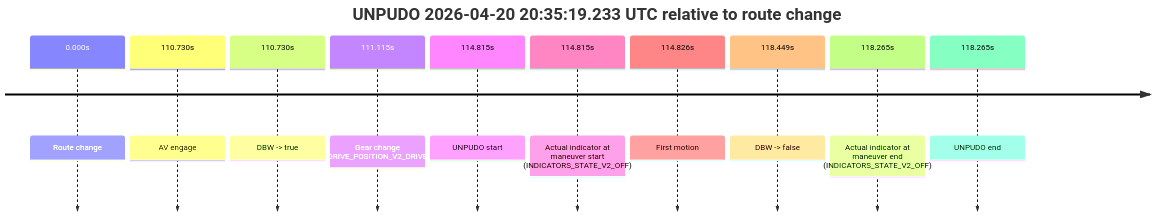
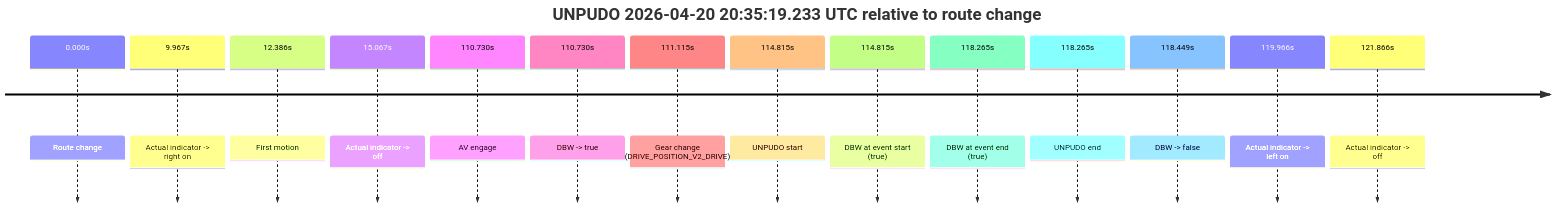
One commit to yoelshapiro/vault changed the fourth of 13 diagrams in model_analysis/report_cards/2026/04/Week-4/fme20038--2026-04-20--20-14-14--gen2-av-64bfb241-2a77-49b3-9a73-b3fb4cc1406d.md. Above: the diagram before and after it, drawn with Mermaid. The commit also changed other lines of this file and 85 other files, not shown here.

````diff
--- a/model_analysis/report_cards/2026/04/Week-4/fme20038--2026-04-20--20-14-14--gen2-av-64bfb241-2a77-49b3-9a73-b3fb4cc1406d.md
+++ b/model_analysis/report_cards/2026/04/Week-4/fme20038--2026-04-20--20-14-14--gen2-av-64bfb241-2a77-49b3-9a73-b3fb4cc1406d.md
@@ -301,14 +326,18 @@
 ```mermaid
 timeline
     title UNPUDO 2026-04-20 20:35:19.233 UTC relative to route change
     0.000s : Route change
+    9.967s : Actual indicator -> right on
+    12.386s : First motion
+    15.067s : Actual indicator -> off
     110.730s : AV engage
     110.730s : DBW -> true
     111.115s : Gear change (DRIVE_POSITION_V2_DRIVE)
     114.815s : UNPUDO start
-    114.815s : Actual indicator at maneuver start (INDICATORS_STATE_V2_OFF)
-    114.826s : First motion
+    114.815s : DBW at event start (true)
+    118.265s : DBW at event end (true)
+    118.265s : UNPUDO end
     118.449s : DBW -> false
-    118.265s : Actual indicator at maneuver end (INDICATORS_STATE_V2_OFF)
-    118.265s : UNPUDO end
+    119.966s : Actual indicator -> left on
+    121.866s : Actual indicator -> off
 ```
````
